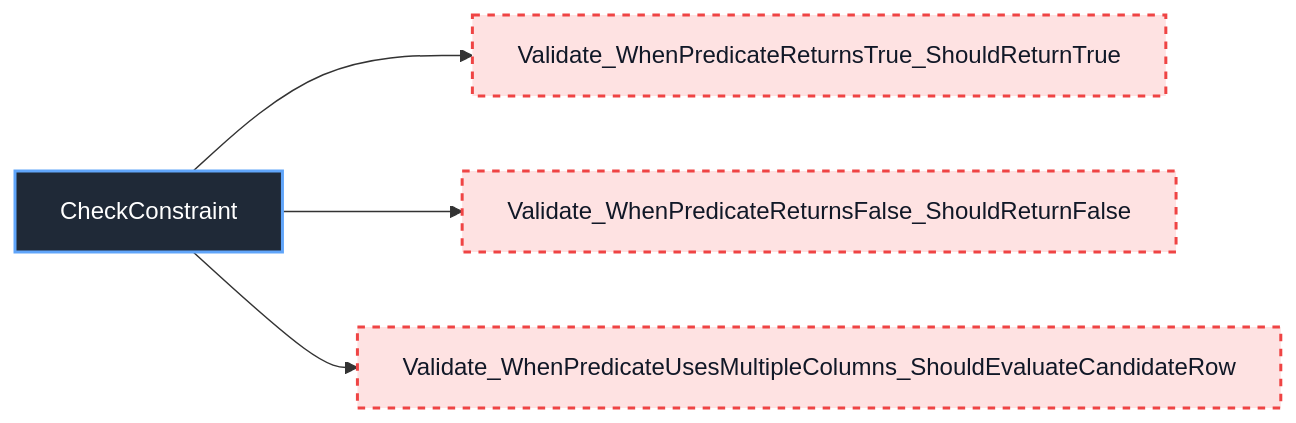
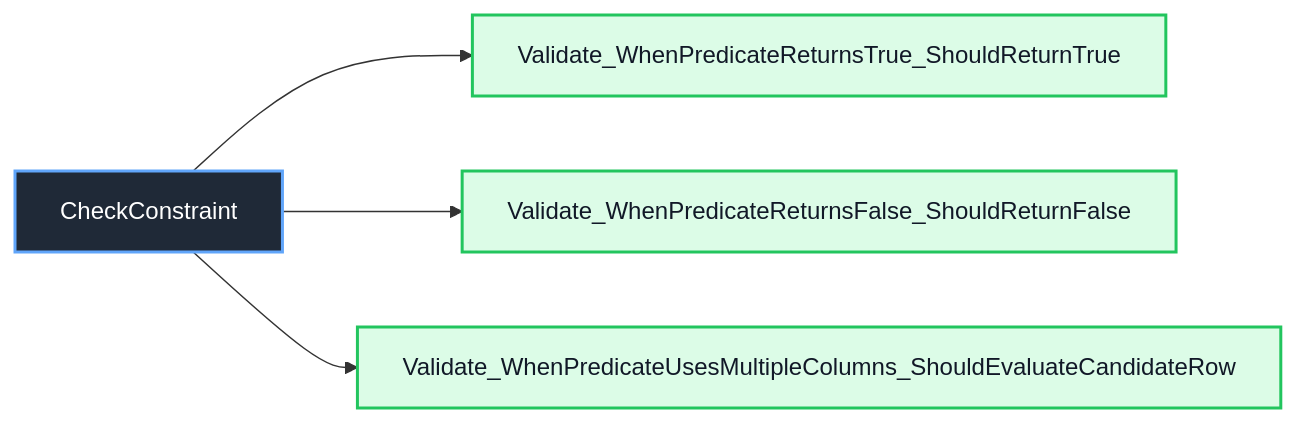
One commit to manaxpow/DBMS changed the sixth of 30 diagrams in docs/unit-test/README.md. Above: the diagram before and after it, drawn with Mermaid. The commit also changed other lines of this file and 13 other files, not shown here.

````diff
--- a/docs/unit-test/README.md
+++ b/docs/unit-test/README.md
@@ -152,15 +152,15 @@
 ```mermaid
 flowchart LR
     Class_CheckConstraint["CheckConstraint"]
 
     Class_CheckConstraint --> CHK_001["Validate_WhenPredicateReturnsTrue_ShouldReturnTrue"]
     Class_CheckConstraint --> CHK_002["Validate_WhenPredicateReturnsFalse_ShouldReturnFalse"]
     Class_CheckConstraint --> CHK_003["Validate_WhenPredicateUsesMultipleColumns_ShouldEvaluateCandidateRow"]
 
     classDef classNode fill:#1f2937,stroke:#60a5fa,color:#ffffff,stroke-width:2px
     classDef completedTest fill:#dcfce7,stroke:#22c55e,color:#111827,stroke-width:2px
     classDef missingTest fill:#fee2e2,stroke:#ef4444,color:#111827,stroke-width:2px,stroke-dasharray: 5 5
 
     class Class_CheckConstraint classNode
-    class CHK_001,CHK_002,CHK_003 missingTest
+    class CHK_001,CHK_002,CHK_003 completedTest
 ```
````
